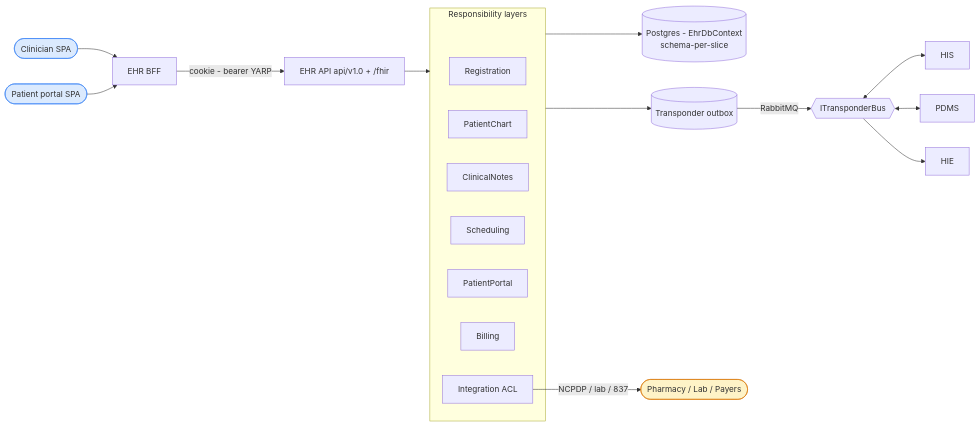
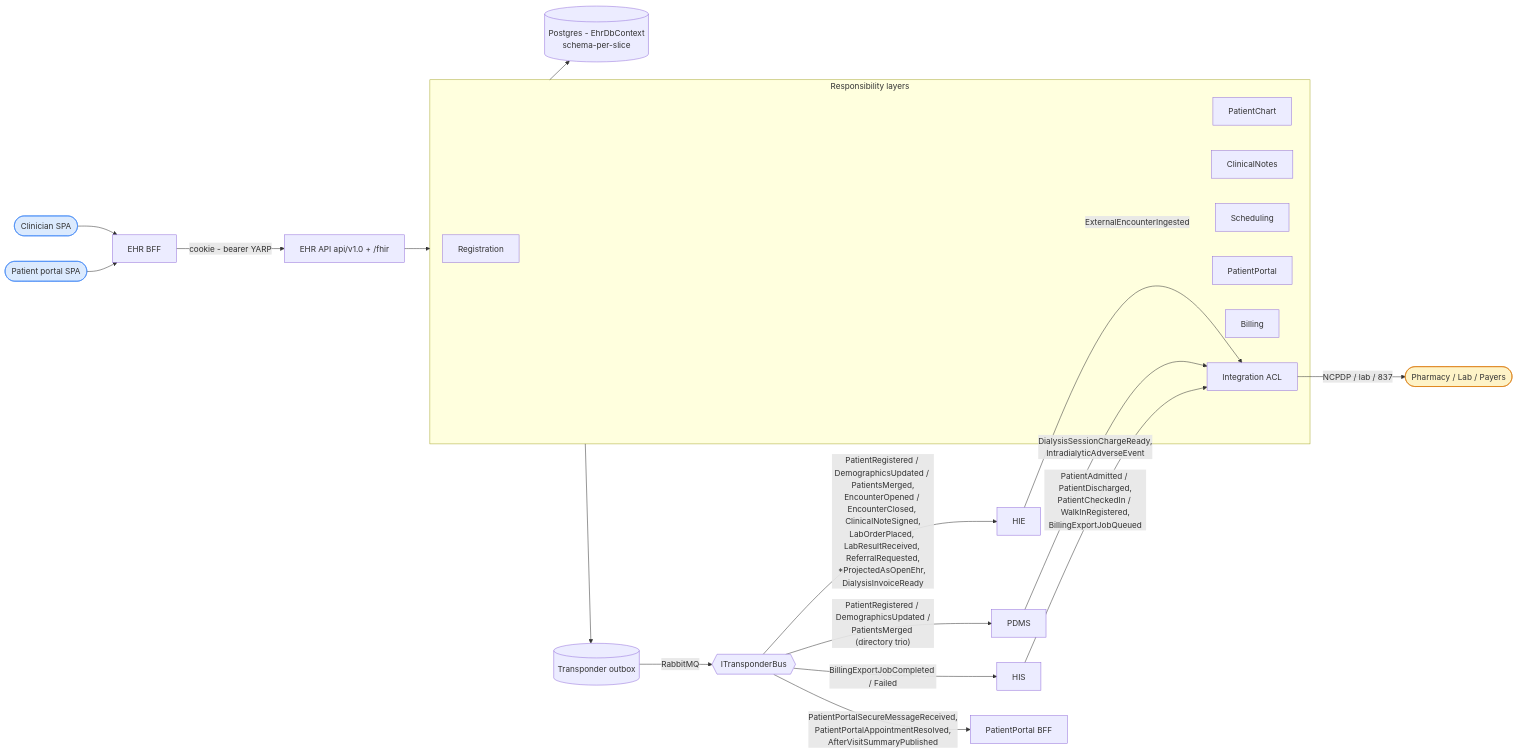
The first of 6 diagrams in src/backend/EHR/ARCHITECTURE.md (Ahmed-Shehzad/Dialysis), drawn with Mermaid before and after one commit. The commit also changed other lines of this file and 21 other files, not shown here.

First line of the commit message:
docs: full documentation realignment to HEAD + comprehensive diagram suite (#232)

````diff
--- a/src/backend/EHR/ARCHITECTURE.md
+++ b/src/backend/EHR/ARCHITECTURE.md
@@ -13,28 +13,35 @@
 ```mermaid
 flowchart LR
     Clin([Clinician SPA]):::ui --> BFF[EHR BFF]
     Pat([Patient portal SPA]):::ui --> BFF
     BFF -->|cookie - bearer YARP| API[EHR API api/v1.0 + /fhir]
     API --> Layers
 
     subgraph Layers [Responsibility layers]
         REG[Registration]
         CHART[PatientChart]
         CLIN[ClinicalNotes]
         SCHED[Scheduling]
         PORTAL[PatientPortal]
         BILL[Billing]
         INTG[Integration ACL]
     end
 
     Layers --> DB[(Postgres - EhrDbContext<br/>schema-per-slice)]
     Layers --> OB[(Transponder outbox)]
     OB -->|RabbitMQ| Bus{{ITransponderBus}}
-    Bus <--> HIS[HIS]
-    Bus <--> PDMS[PDMS]
-    Bus --> HIE[HIE]
+
+    Bus -->|"PatientRegistered / DemographicsUpdated / PatientsMerged,<br/>EncounterOpened / EncounterClosed, ClinicalNoteSigned,<br/>LabOrderPlaced, LabResultReceived, ReferralRequested,<br/>*ProjectedAsOpenEhr, DialysisInvoiceReady"| HIE[HIE]
+    Bus -->|"PatientRegistered / DemographicsUpdated /<br/>PatientsMerged (directory trio)"| PDMS[PDMS]
+    Bus -->|"BillingExportJobCompleted / Failed"| HIS[HIS]
+    Bus -->|"PatientPortalSecureMessageReceived,<br/>PatientPortalAppointmentResolved,<br/>AfterVisitSummaryPublished"| Portal[PatientPortal BFF]
+
+    HIS -->|"PatientAdmitted / PatientDischarged,<br/>PatientCheckedIn / WalkInRegistered,<br/>BillingExportJobQueued"| INTG
+    PDMS -->|"DialysisSessionChargeReady,<br/>IntradialyticAdverseEvent"| INTG
+    HIE -->|ExternalEncounterIngested| INTG
+
     INTG -->|NCPDP / lab / 837| Partners([Pharmacy / Lab / Payers]):::ext
 
     classDef ui fill:#dbeafe,stroke:#3b82f6
     classDef ext fill:#fef3c7,stroke:#d97706
 ```
````
